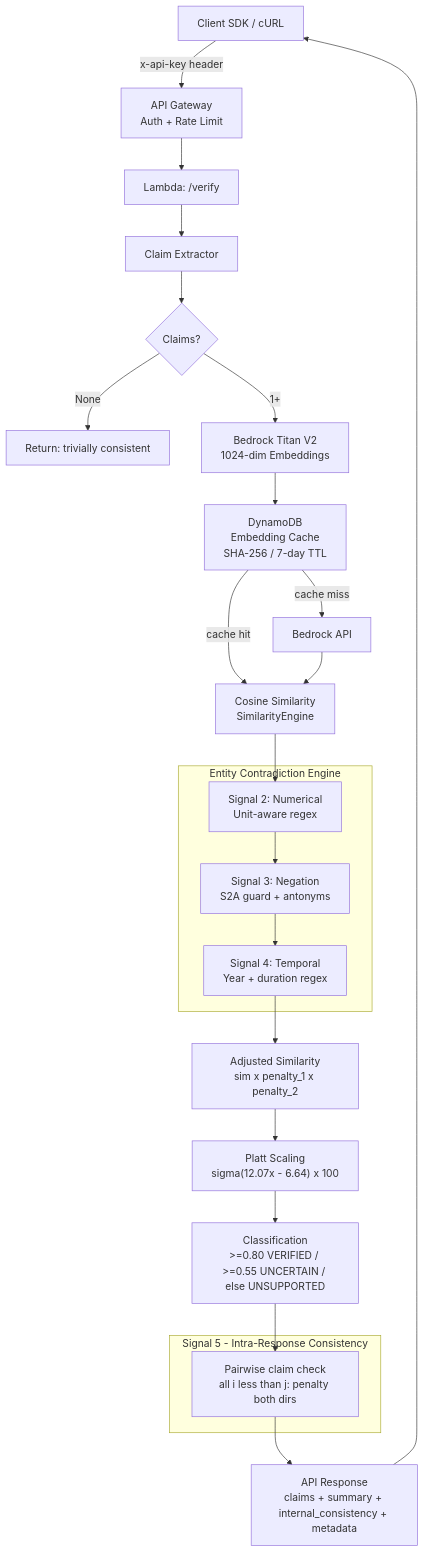
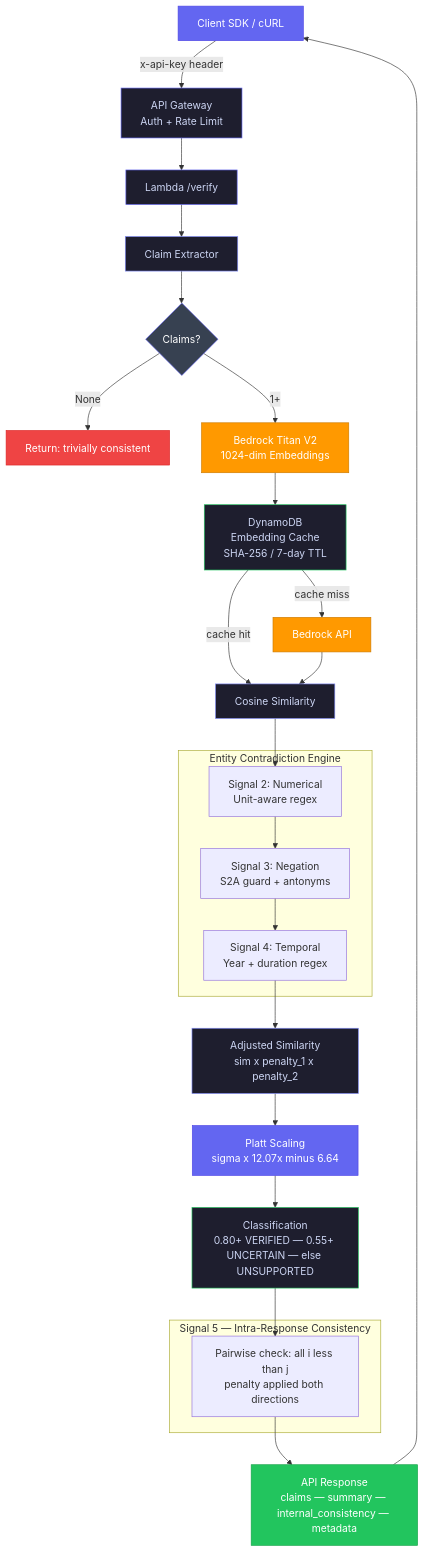
Before and after one commit to Prakhar2025/TruthLayer: the diagram in README.md, drawn with Mermaid.

Commit message:
fix(readme): resolve Mermaid br tags, add color styling to architecture diagram

````diff
--- a/README.md
+++ b/README.md
@@ -110,35 +110,50 @@
 ```mermaid
 flowchart TD
-    A["Client SDK / cURL"] -->|x-api-key header| B["API Gateway\nAuth + Rate Limit"]
-    B --> C["Lambda: /verify"]
+    A["Client SDK / cURL"] -->|x-api-key header| B["API Gateway<br/>Auth + Rate Limit"]
+    B --> C["Lambda /verify"]
 
     C --> D["Claim Extractor"]
     D --> E{"Claims?"}
     E -->|None| Z1["Return: trivially consistent"]
-    E -->|"1+"| F["Bedrock Titan V2\n1024-dim Embeddings"]
+    E -->|1+| F["Bedrock Titan V2<br/>1024-dim Embeddings"]
 
-    F --> G["DynamoDB\nEmbedding Cache\nSHA-256 / 7-day TTL"]
-    G -->|cache hit| H
+    F --> G["DynamoDB<br/>Embedding Cache<br/>SHA-256 / 7-day TTL"]
+    G -->|cache hit| H["Cosine Similarity"]
     G -->|cache miss| F2["Bedrock API"]
     F2 --> H
 
-    H["Cosine Similarity\nSimilarityEngine"] --> I
+    H --> I
 
     subgraph ECE ["Entity Contradiction Engine"]
-        I["Signal 2: Numerical\nUnit-aware regex"] --> J
-        J["Signal 3: Negation\nS2A guard + antonyms"] --> K
-        K["Signal 4: Temporal\nYear + duration regex"]
+        I["Signal 2: Numerical<br/>Unit-aware regex"] --> J
+        J["Signal 3: Negation<br/>S2A guard + antonyms"] --> K
+        K["Signal 4: Temporal<br/>Year + duration regex"]
     end
 
-    K --> L["Adjusted Similarity\nsim x penalty_1 x penalty_2"]
-    L --> M["Platt Scaling\nsigma(12.07x - 6.64) x 100"]
-    M --> N["Classification\n>=0.80 VERIFIED / >=0.55 UNCERTAIN / else UNSUPPORTED"]
+    K --> L["Adjusted Similarity<br/>sim x penalty_1 x penalty_2"]
+    L --> M["Platt Scaling<br/>sigma x 12.07x minus 6.64"]
+    M --> N["Classification<br/>0.80+ VERIFIED — 0.55+ UNCERTAIN — else UNSUPPORTED"]
     N --> O
 
-    subgraph S5 ["Signal 5 - Intra-Response Consistency"]
-        O["Pairwise claim check\nall i less than j: penalty both dirs"]
+    subgraph S5 ["Signal 5 — Intra-Response Consistency"]
+        O["Pairwise check: all i less than j<br/>penalty applied both directions"]
     end
 
-    O --> P["API Response\nclaims + summary + internal_consistency + metadata"]
+    O --> P["API Response<br/>claims — summary — internal_consistency — metadata"]
     P --> A
+
+    style A fill:#6366F1,stroke:#4F46E5,color:#fff
+    style B fill:#1e1e2e,stroke:#6366F1,color:#cdd6f4
+    style C fill:#1e1e2e,stroke:#6366F1,color:#cdd6f4
+    style D fill:#1e1e2e,stroke:#818CF8,color:#cdd6f4
+    style E fill:#374151,stroke:#6366F1,color:#fff
+    style F fill:#FF9900,stroke:#cc7a00,color:#fff
+    style F2 fill:#FF9900,stroke:#cc7a00,color:#fff
+    style G fill:#1e1e2e,stroke:#22C55E,color:#cdd6f4
+    style H fill:#1e1e2e,stroke:#818CF8,color:#cdd6f4
+    style L fill:#1e1e2e,stroke:#818CF8,color:#cdd6f4
+    style M fill:#6366F1,stroke:#4F46E5,color:#fff
+    style N fill:#1e1e2e,stroke:#22C55E,color:#cdd6f4
+    style P fill:#22C55E,stroke:#16A34A,color:#fff
+    style Z1 fill:#EF4444,stroke:#DC2626,color:#fff
 ```
````
